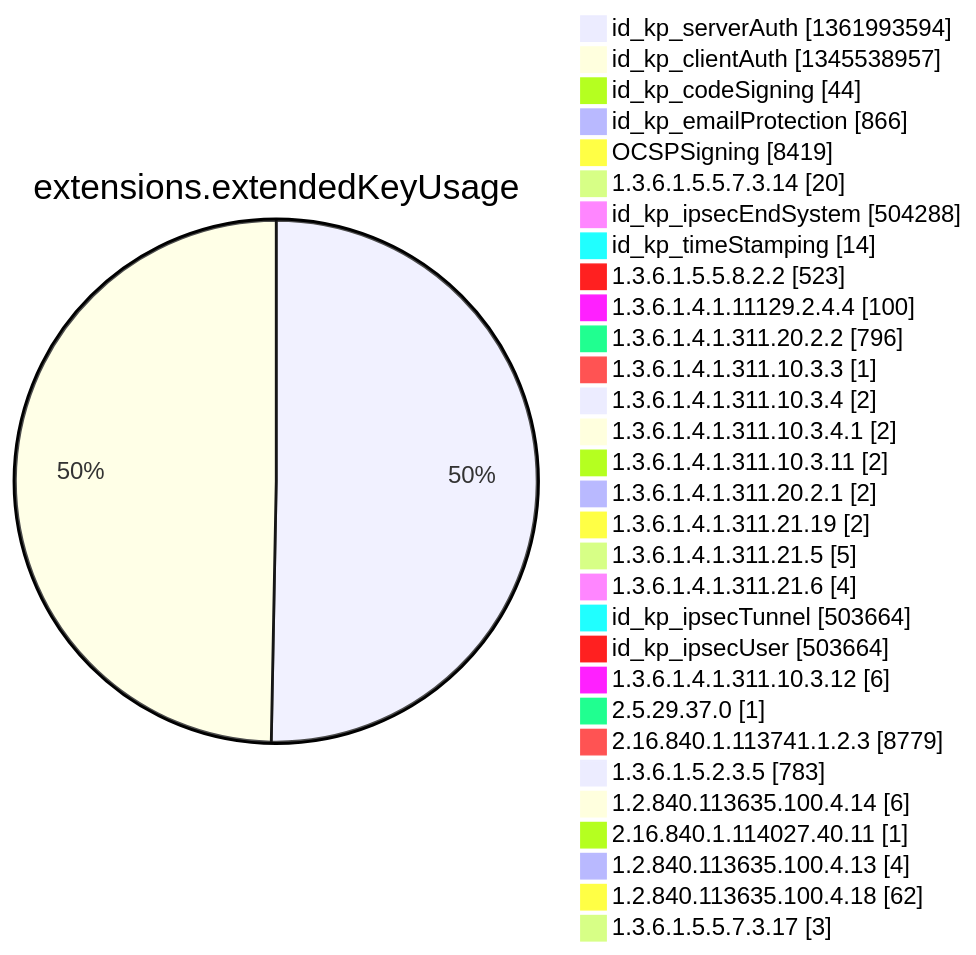
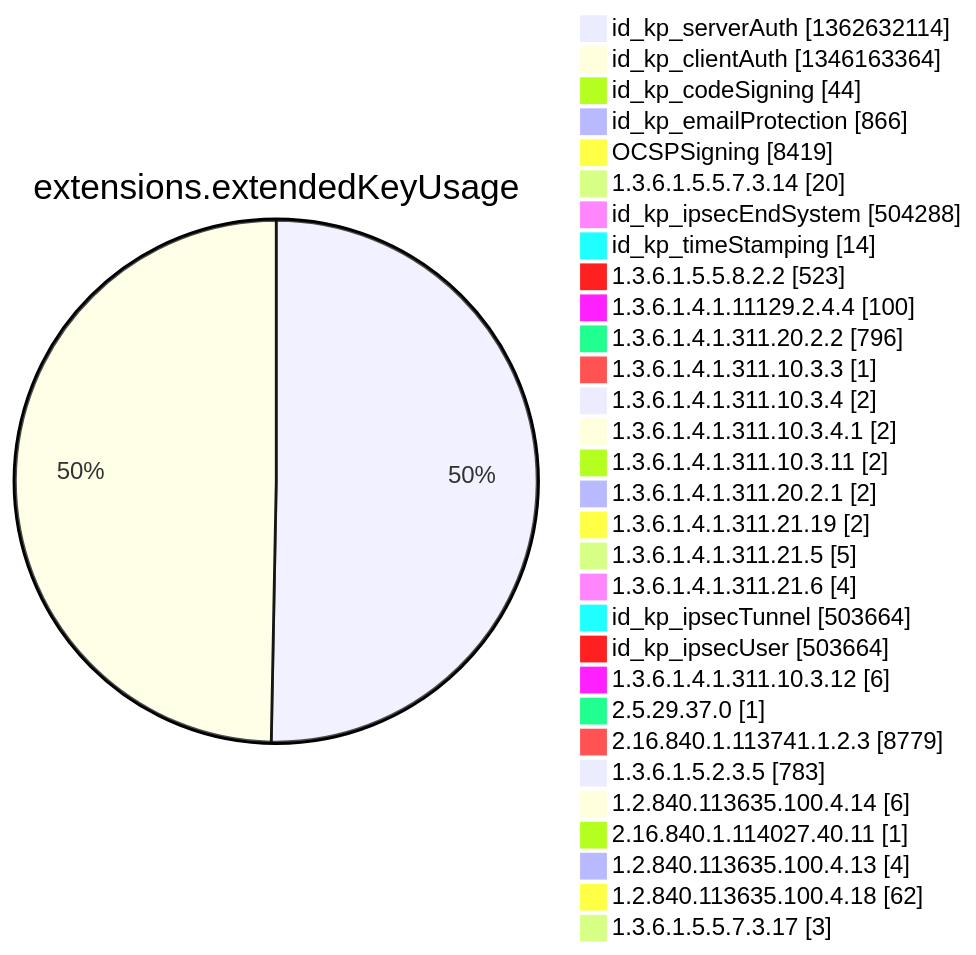
One commit to christiankrug/ctmonitor_visualization changed diagram 12 of 15 in argon2022/README.md. Above: the diagram before and after it, drawn with Mermaid. The commit also changed other lines of this file, not shown here.

````diff
--- a/argon2022/README.md
+++ b/argon2022/README.md
@@ -3553,34 +3553,34 @@
 ```mermaid
 pie showData
 title extensions.extendedKeyUsage
-"id_kp_serverAuth" :1361993594
-"id_kp_clientAuth" :1345538957
+"id_kp_serverAuth" :1362632114
+"id_kp_clientAuth" :1346163364
 "id_kp_codeSigning" :44
 "id_kp_emailProtection" :866
 "OCSPSigning" :8419
 "1.3.6.1.5.5.7.3.14" :20
 "id_kp_ipsecEndSystem" :504288
 "id_kp_timeStamping" :14
 "1.3.6.1.5.5.8.2.2" :523
 "1.3.6.1.4.1.11129.2.4.4" :100
 "1.3.6.1.4.1.311.20.2.2" :796
 "1.3.6.1.4.1.311.10.3.3" :1
 "1.3.6.1.4.1.311.10.3.4" :2
 "1.3.6.1.4.1.311.10.3.4.1" :2
 "1.3.6.1.4.1.311.10.3.11" :2
 "1.3.6.1.4.1.311.20.2.1" :2
 "1.3.6.1.4.1.311.21.19" :2
 "1.3.6.1.4.1.311.21.5" :5
 "1.3.6.1.4.1.311.21.6" :4
 "id_kp_ipsecTunnel" :503664
 "id_kp_ipsecUser" :503664
 "1.3.6.1.4.1.311.10.3.12" :6
 "2.5.29.37.0" :1
 "2.16.840.1.113741.1.2.3" :8779
 "1.3.6.1.5.2.3.5" :783
 "1.2.840.113635.100.4.14" :6
 "2.16.840.1.114027.40.11" :1
 "1.2.840.113635.100.4.13" :4
 "1.2.840.113635.100.4.18" :62
 "1.3.6.1.5.5.7.3.17" :3
 ```
````
